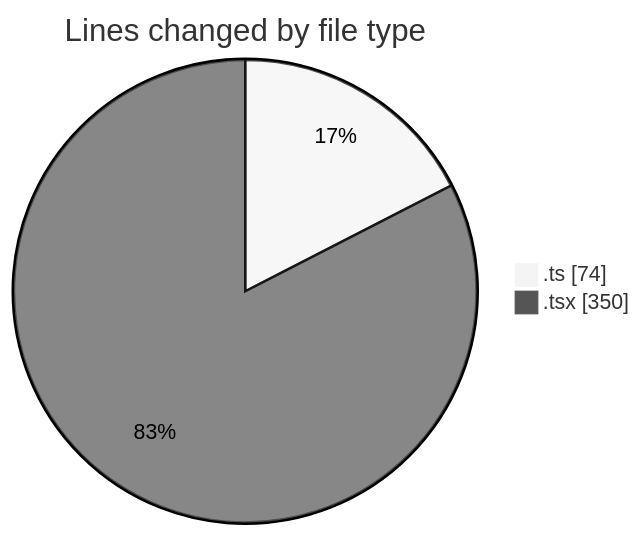
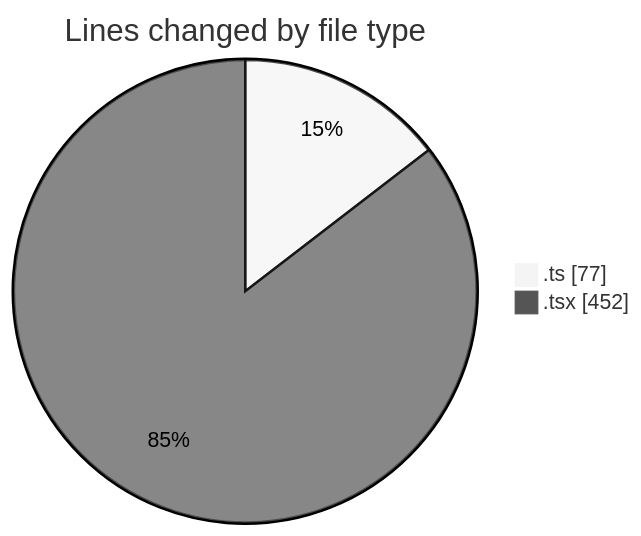
The first of 2 diagrams in 2025-01-25/termonied-web/README.md (robertbonfada/code-tracking), drawn with Mermaid (neutral theme) before and after one commit. The commit also changed other lines of this file and 1 other file, not shown here.

````diff
--- a/2025-01-25/termonied-web/README.md
+++ b/2025-01-25/termonied-web/README.md
@@ -21,6 +21,6 @@
 ```mermaid
 pie showData
 title Lines changed by file type
-".ts" : 74
-".tsx" : 350
+".ts" : 77
+".tsx" : 452
 ```
````
